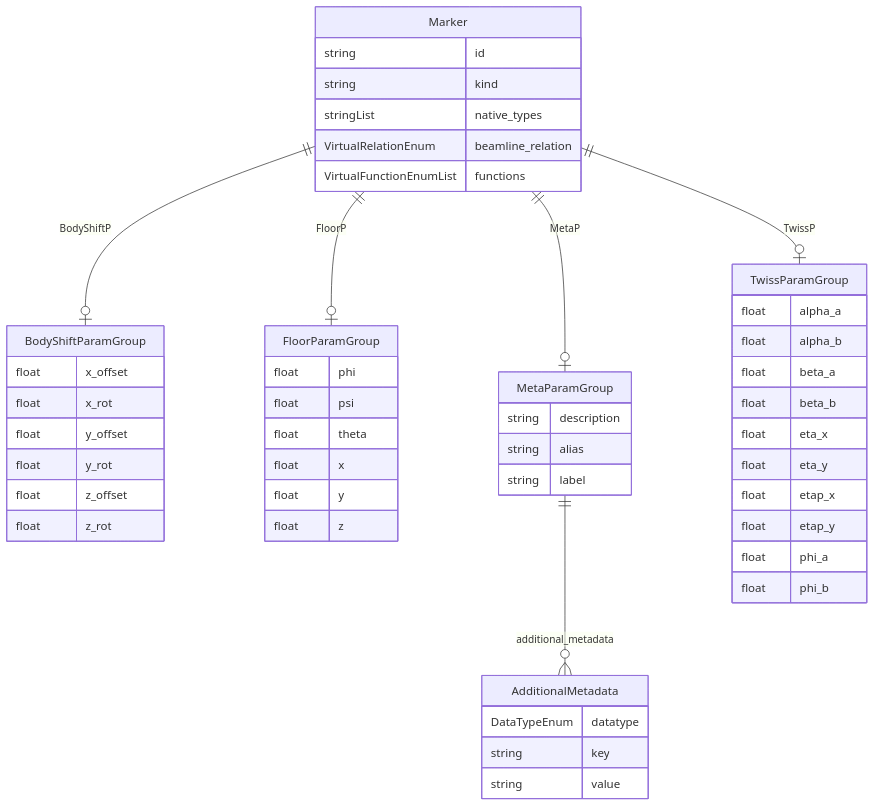
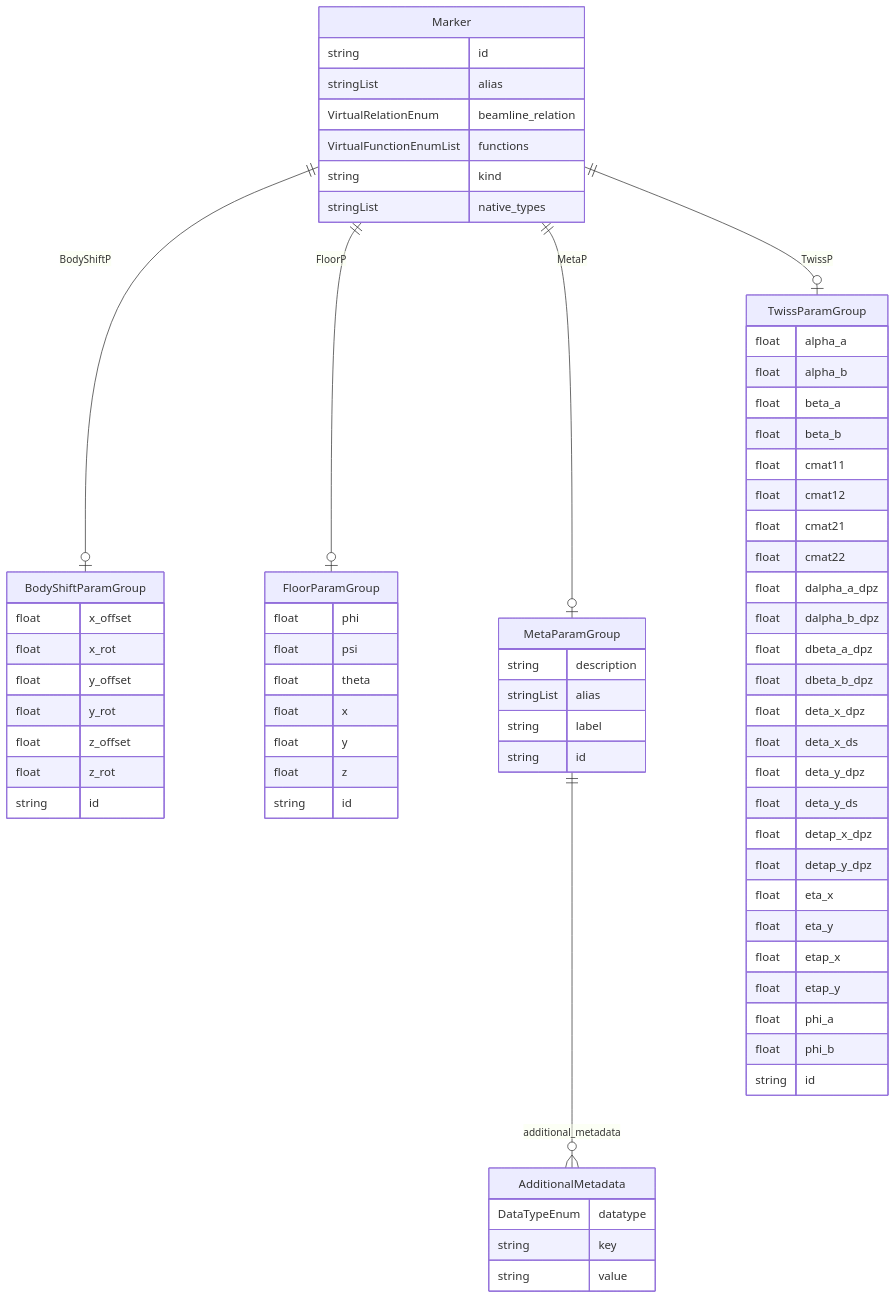
The diagram in docs/elements/classes/Marker.md (pals-project/pals-facility-config), drawn with Mermaid before and after one commit. The commit also changed other lines of this file and 499 other files, not shown here.

````diff
--- a/docs/elements/classes/Marker.md
+++ b/docs/elements/classes/Marker.md
@@ -15,55 +15,74 @@
 ```mermaid
 erDiagram
 AdditionalMetadata {
     DataTypeEnum datatype  
     string key  
     string value  
 }
 BodyShiftParamGroup {
     float x_offset  
     float x_rot  
     float y_offset  
     float y_rot  
     float z_offset  
     float z_rot  
+    string id  
 }
 FloorParamGroup {
     float phi  
     float psi  
     float theta  
     float x  
     float y  
     float z  
+    string id  
 }
 Marker {
     string id  
+    stringList alias  
+    VirtualRelationEnum beamline_relation  
+    VirtualFunctionEnumList functions  
     string kind  
     stringList native_types  
-    VirtualRelationEnum beamline_relation  
-    VirtualFunctionEnumList functions  
 }
 MetaParamGroup {
     string description  
-    string alias  
+    stringList alias  
     string label  
+    string id  
 }
 TwissParamGroup {
     float alpha_a  
     float alpha_b  
     float beta_a  
     float beta_b  
+    float cmat11  
+    float cmat12  
+    float cmat21  
+    float cmat22  
+    float dalpha_a_dpz  
+    float dalpha_b_dpz  
+    float dbeta_a_dpz  
+    float dbeta_b_dpz  
+    float deta_x_dpz  
+    float deta_x_ds  
+    float deta_y_dpz  
+    float deta_y_ds  
+    float detap_x_dpz  
+    float detap_y_dpz  
     float eta_x  
     float eta_y  
     float etap_x  
     float etap_y  
     float phi_a  
     float phi_b  
+    string id  
 }
 
 Marker ||--|o BodyShiftParamGroup : "BodyShiftP"
 Marker ||--|o FloorParamGroup : "FloorP"
 Marker ||--|o MetaParamGroup : "MetaP"
 Marker ||--|o TwissParamGroup : "TwissP"
 MetaParamGroup ||--}o AdditionalMetadata : "additional_metadata"
 
 ```
````
